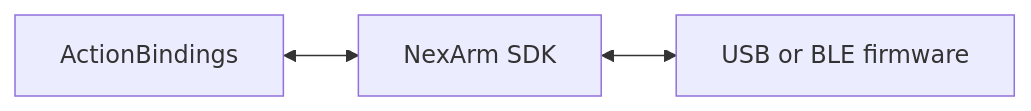
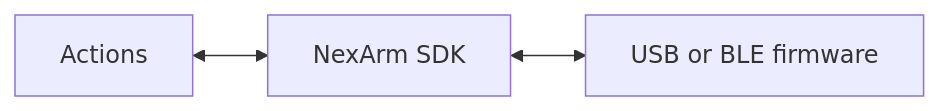
The diagram in MobileHarness/PlatformKit/Connectivity/README.md (devilyouwei/MobileHarness), drawn with Mermaid before and after one commit. The commit also changed other lines of this file and 483 other files, not shown here.

````diff
--- a/MobileHarness/PlatformKit/Connectivity/README.md
+++ b/MobileHarness/PlatformKit/Connectivity/README.md
@@ -15,5 +15,5 @@
 ```mermaid
 flowchart LR
- Callers[ActionBindings] <--> NexArm[NexArm SDK]
+ Callers[Actions] <--> NexArm[NexArm SDK]
  NexArm <--> Device[USB or BLE firmware]
 ```
````
